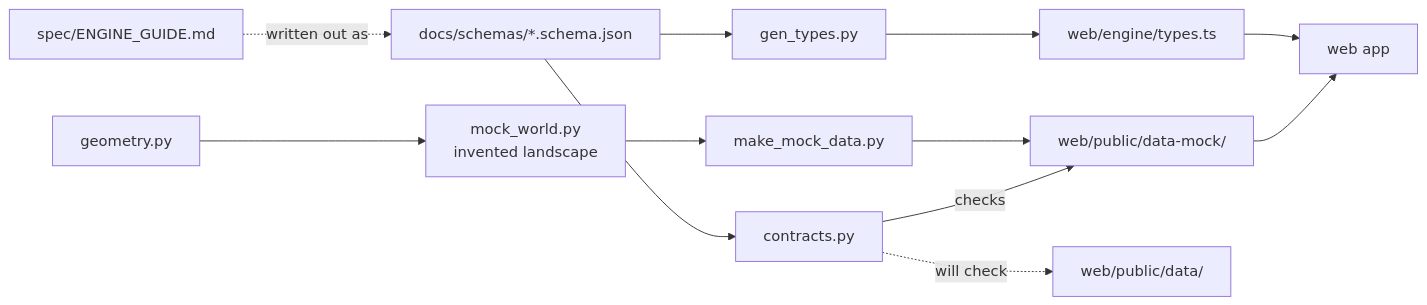
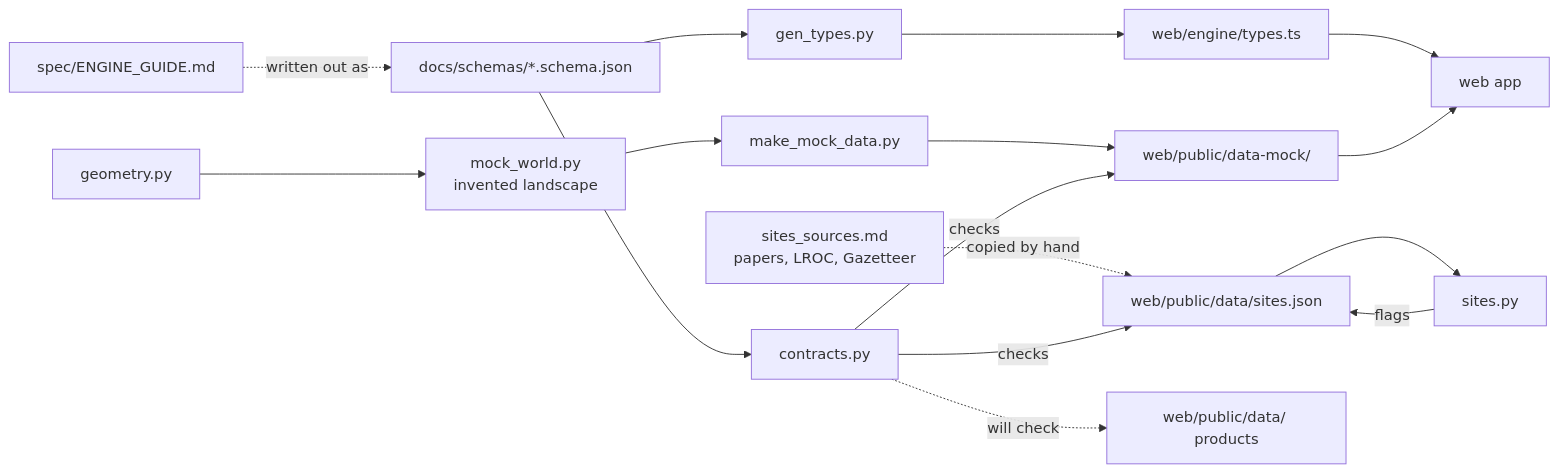
Before and after one commit to Yacin1102/Lunar-Landing-Site-Navigator: the second of 8 diagrams in docs/ARCHITECTURE.md, drawn with Mermaid. The commit also changed other lines of this file and 11 other files, not shown here.

First line of the commit message:
Add the 10 curated sites with their sources and map checks (Contract 2)

````diff
--- a/docs/ARCHITECTURE.md
+++ b/docs/ARCHITECTURE.md
@@ -63,12 +68,15 @@
 ```mermaid
 flowchart LR
     spec[spec/ENGINE_GUIDE.md] -. written out as .-> schemas[docs/schemas/*.schema.json]
     schemas --> gen[gen_types.py] --> types[web/engine/types.ts]
     schemas --> contracts[contracts.py]
     world[mock_world.py<br/>invented landscape] --> mock[make_mock_data.py] --> mockdata[web/public/data-mock/]
     geometry[geometry.py] --> world
     contracts -- checks --> mockdata
-    contracts -. will check .-> realdata[web/public/data/]
+    sources[sites_sources.md<br/>papers, LROC, Gazetteer] -. copied by hand .-> sitelist[web/public/data/sites.json]
+    sitelist --> sites[sites.py] -- flags --> sitelist
+    contracts -- checks --> sitelist
+    contracts -. will check .-> realdata[web/public/data/ products]
     types --> web[web app]
     mockdata --> web
 ```
````
